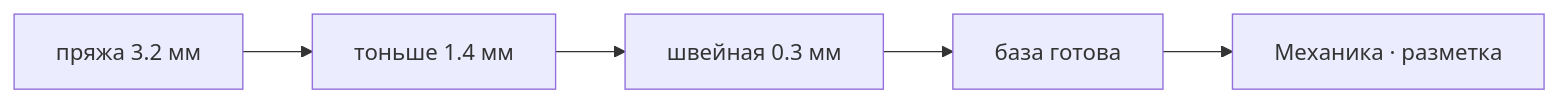
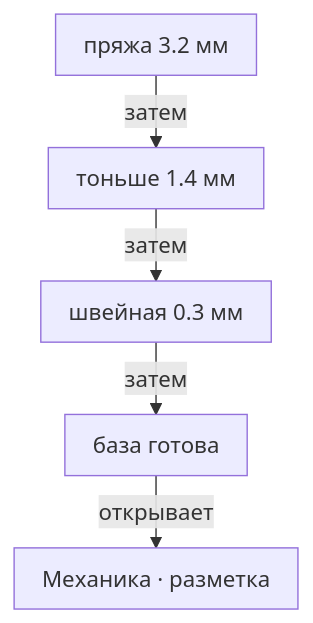
The diagram in Temari-Obsidian/01 Механики/Механика · намотка шара.md (newYurk/temari), drawn with Mermaid before and after one commit. The commit also changed other lines of this file and 61 other files, not shown here.

Commit message:
fix(vault): show readable craft relationships and distinct graph nodes

````diff
--- a/Temari-Obsidian/01 Механики/Механика · намотка шара.md
+++ b/Temari-Obsidian/01 Механики/Механика · намотка шара.md
@@ -16,13 +20,14 @@
 ```mermaid
-flowchart LR
+%%{init: {"flowchart":{"nodeSpacing":16,"rankSpacing":28,"curve":"linear","padding":10},"themeVariables":{"fontSize":"16px"}}}%%
+flowchart TB
   S0["пряжа 3.2 мм"]
   S1["тоньше 1.4 мм"]
   S2["швейная 0.3 мм"]
   S3["база готова"]
   OUT0["Механика · разметка"]
-  S0 --> S1
-  S1 --> S2
-  S2 --> S3
-  S3 --> OUT0
+  S0 -->|затем| S1
+  S1 -->|затем| S2
+  S2 -->|затем| S3
+  S3 -->|открывает| OUT0
   class OUT0 internal-link;
 ```
````
